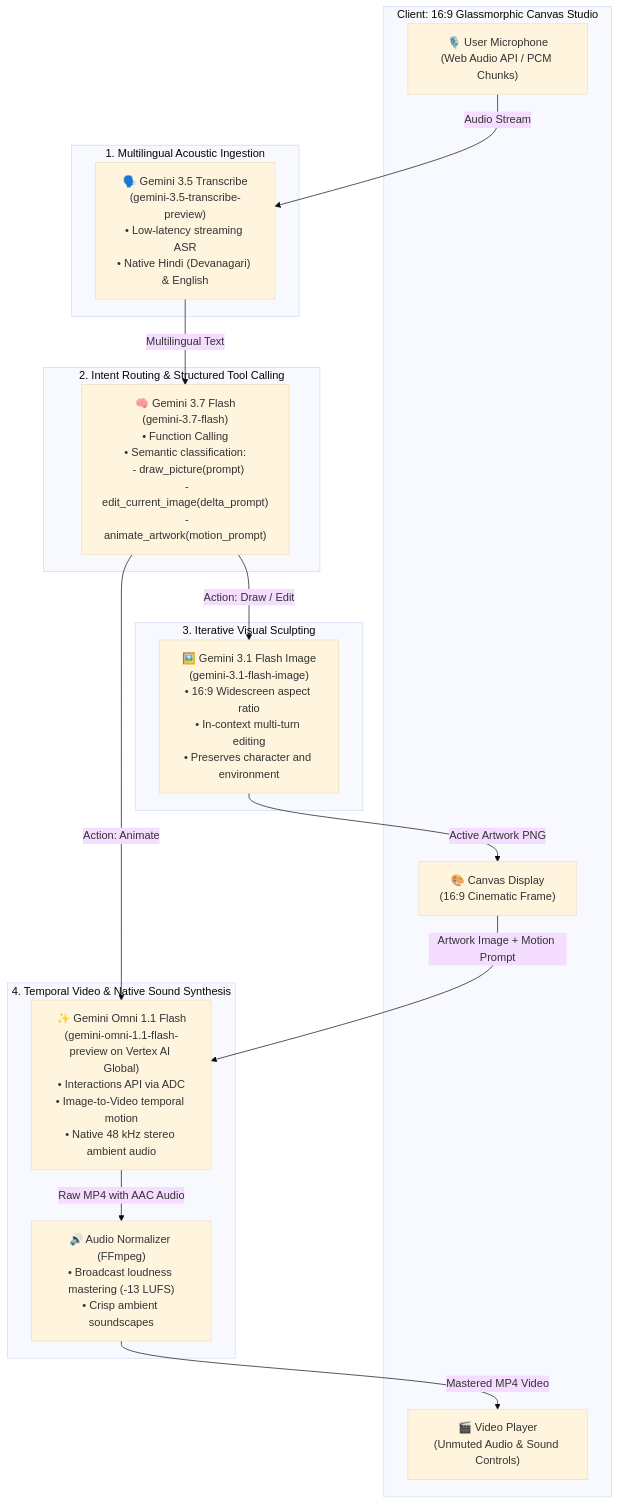
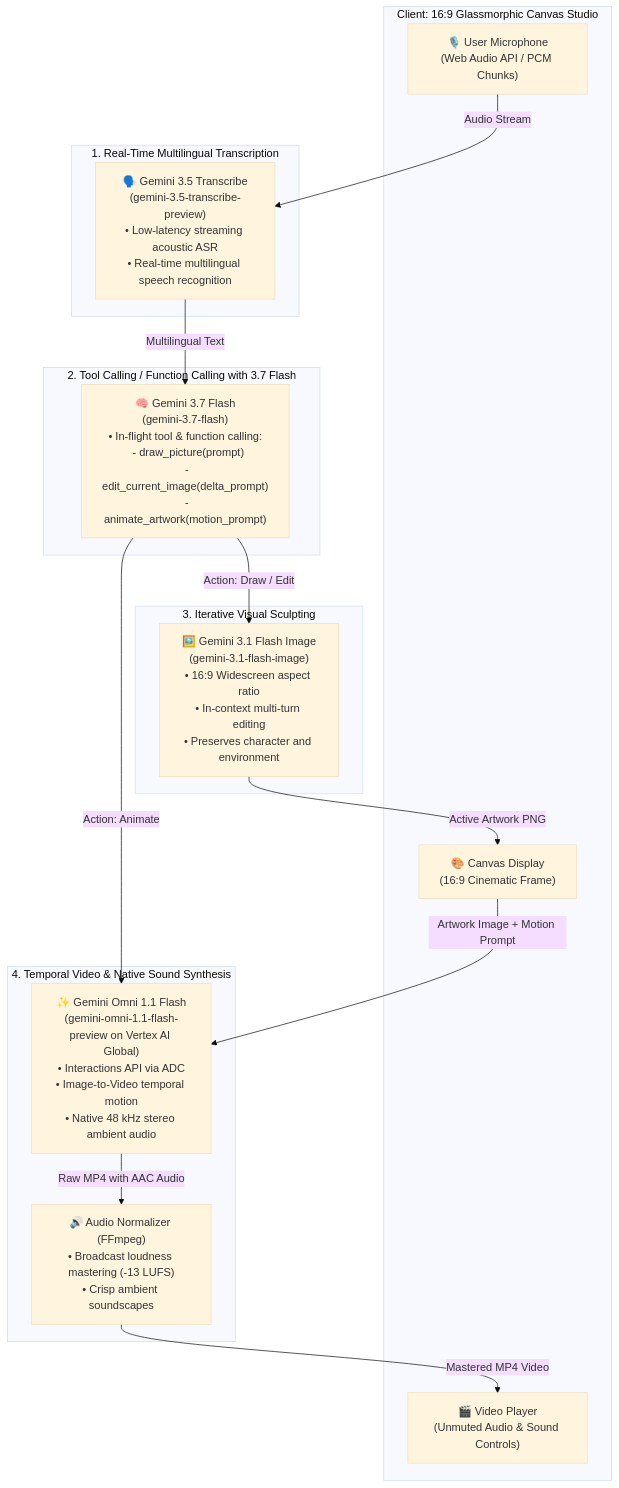
One commit to upasana1105/UP_Demos changed the diagram in gemini35-voice-to-action/README.md. Above: the diagram before and after it, drawn with Mermaid (base theme). The commit also changed other lines of this file and 3 other files, not shown here.

Commit message:
docs: emphasize real-time multilingual transcription and 3.7 flash tool calling

````diff
--- a/gemini35-voice-to-action/README.md
+++ b/gemini35-voice-to-action/README.md
@@ -21,34 +21,34 @@
 ```mermaid
 flowchart TD
     subgraph Browser ["Client: 16:9 Glassmorphic Canvas Studio"]
         Mic["🎙️ User Microphone\n(Web Audio API / PCM Chunks)"]
         Canvas["🎨 Canvas Display\n(16:9 Cinematic Frame)"]
         Player["🎬 Video Player\n(Unmuted Audio & Sound Controls)"]
     end
 
-    subgraph Step1 ["1. Multilingual Acoustic Ingestion"]
-        GTranscribe["🗣️ Gemini 3.5 Transcribe\n(gemini-3.5-transcribe-preview)\n• Low-latency streaming ASR\n• Native Hindi (Devanagari) & English"]
+    subgraph Step1 ["1. Real-Time Multilingual Transcription"]
+        GTranscribe["🗣️ Gemini 3.5 Transcribe\n(gemini-3.5-transcribe-preview)\n• Low-latency streaming acoustic ASR\n• Real-time multilingual speech recognition"]
     end
 
-    subgraph Step2 ["2. Intent Routing & Structured Tool Calling"]
-        GFlash["🧠 Gemini 3.7 Flash\n(gemini-3.7-flash)\n• Function Calling\n• Semantic classification:\n  - draw_picture(prompt)\n  - edit_current_image(delta_prompt)\n  - animate_artwork(motion_prompt)"]
+    subgraph Step2 ["2. Tool Calling / Function Calling with 3.7 Flash"]
+        GFlash["🧠 Gemini 3.7 Flash\n(gemini-3.7-flash)\n• In-flight tool & function calling:\n  - draw_picture(prompt)\n  - edit_current_image(delta_prompt)\n  - animate_artwork(motion_prompt)"]
     end
 
     subgraph Step3 ["3. Iterative Visual Sculpting"]
         GImage["🖼️ Gemini 3.1 Flash Image\n(gemini-3.1-flash-image)\n• 16:9 Widescreen aspect ratio\n• In-context multi-turn editing\n• Preserves character and environment"]
     end
 
     subgraph Step4 ["4. Temporal Video & Native Sound Synthesis"]
         GOmni["✨ Gemini Omni 1.1 Flash\n(gemini-omni-1.1-flash-preview on Vertex AI Global)\n• Interactions API via ADC\n• Image-to-Video temporal motion\n• Native 48 kHz stereo ambient audio"]
         FFmpeg["🔊 Audio Normalizer (FFmpeg)\n• Broadcast loudness mastering (-13 LUFS)\n• Crisp ambient soundscapes"]
     end
 
     Mic -->|Audio Stream| GTranscribe
     GTranscribe -->|Multilingual Text| GFlash
     GFlash -->|Action: Draw / Edit| GImage
     GImage -->|Active Artwork PNG| Canvas
     GFlash -->|Action: Animate| GOmni
     Canvas -->|Artwork Image + Motion Prompt| GOmni
     GOmni -->|Raw MP4 with AAC Audio| FFmpeg
     FFmpeg -->|Mastered MP4 Video| Player
 ```
````
